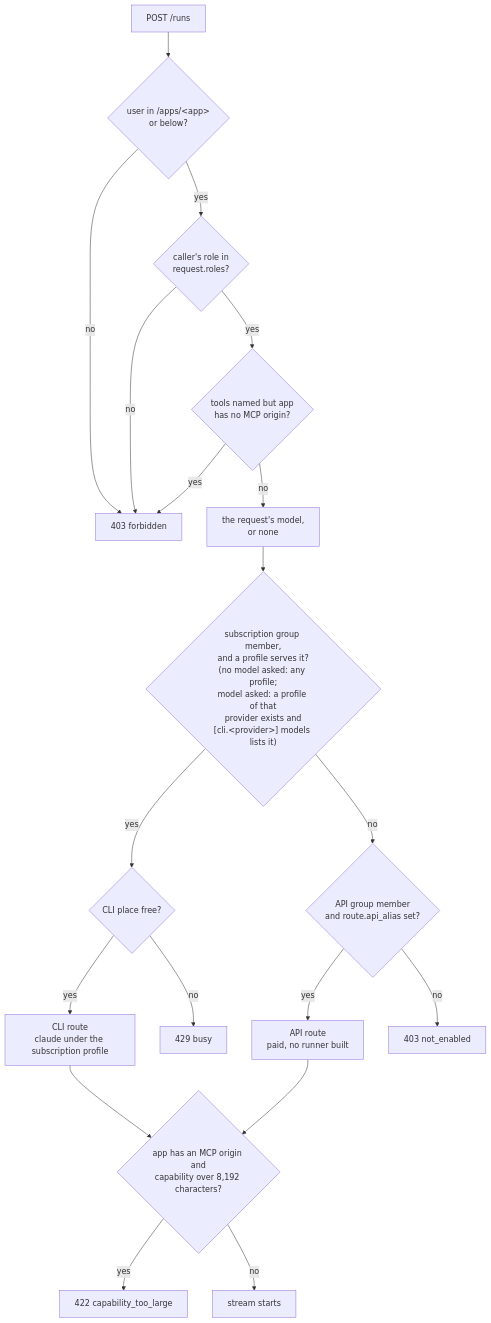
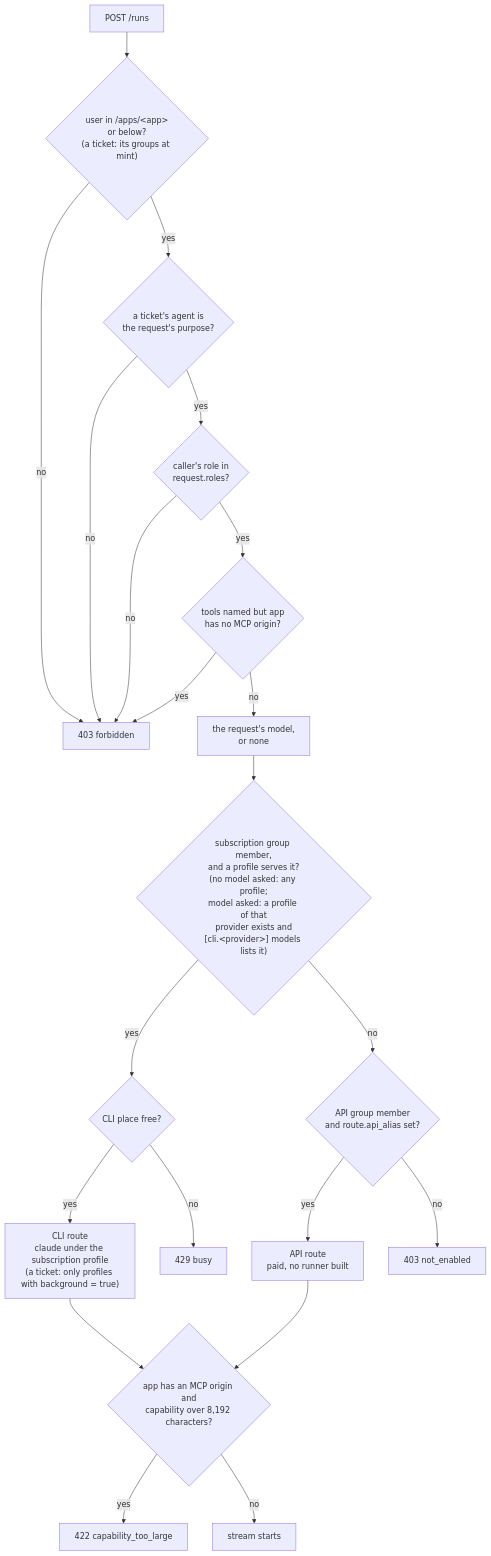
The second of 2 diagrams in docs/ARCHITECTURE.md (overnightworks/agent-providers), drawn with Mermaid before and after one commit. The commit also changed other lines of this file and 7 other files, not shown here.

First line of the commit message:
Document ticket runs and keep the shared test arrangement host-neutral

````diff
--- a/docs/ARCHITECTURE.md
+++ b/docs/ARCHITECTURE.md
@@ -63,21 +63,23 @@
 ```mermaid
 flowchart TB
-    request["POST /runs"] --> gate{"user in /apps/&lt;app&gt;<br/>or below?"}
+    request["POST /runs"] --> gate{"user in /apps/&lt;app&gt;<br/>or below?<br/>(a ticket: its groups at mint)"}
     gate -->|no| forbidden["403 forbidden"]
-    gate -->|yes| role{"caller's role in<br/>request.roles?"}
+    gate -->|yes| purpose{"a ticket's agent is<br/>the request's purpose?"}
+    purpose -->|no| forbidden
+    purpose -->|yes| role{"caller's role in<br/>request.roles?"}
     role -->|no| forbidden
     role -->|yes| tools{"tools named but app<br/>has no MCP origin?"}
     tools -->|yes| forbidden
     tools -->|no| model["the request's model,<br/>or none"]
     model --> subscription{"subscription group member,<br/>and a profile serves it?<br/>(no model asked: any profile;<br/>model asked: a profile of that<br/>provider exists and<br/>[cli.&lt;provider&gt;] models lists it)"}
     subscription -->|yes| slot{"CLI place free?"}
-    slot -->|yes| cli["CLI route<br/>claude under the subscription profile"]
+    slot -->|yes| cli["CLI route<br/>claude under the subscription profile<br/>(a ticket: only profiles with background = true)"]
     slot -->|no| busy["429 busy"]
     subscription -->|no| api{"API group member<br/>and route.api_alias set?"}
     api -->|yes| paid["API route<br/>paid, no runner built"]
     api -->|no| notenabled["403 not_enabled"]
     cli --> size{"app has an MCP origin and<br/>capability over 8,192 characters?"}
     paid --> size
     size -->|yes| toolarge["422 capability_too_large"]
     size -->|no| run["stream starts"]
 ```
````
